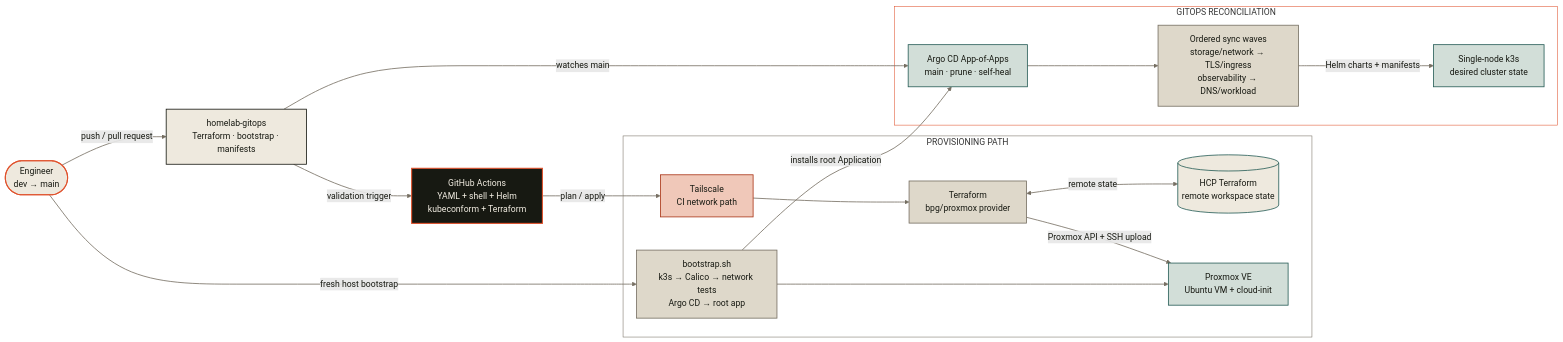
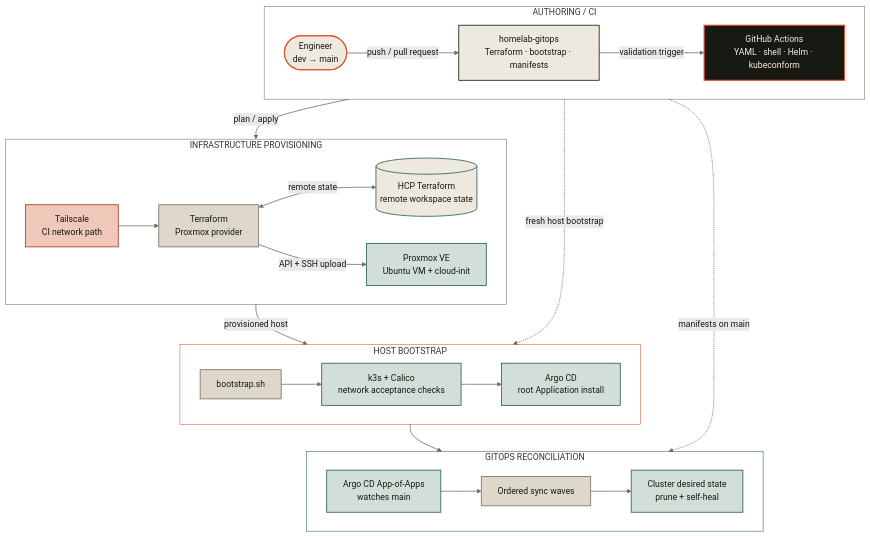
Before and after one commit to Jeysibn/portfolio: the diagram in docs/architecture/homelab/gitops.mmd, drawn with Mermaid. The commit also changed 13 other files, not shown here.

Commit message:
polish architecture diagram presentation

```diff
--- a/docs/architecture/homelab/gitops.mmd
+++ b/docs/architecture/homelab/gitops.mmd
@@ -1,44 +1,52 @@
 %% C4 container-level provisioning and GitOps view.
 %% Audience: technical reviewers tracing desired state into the Homelab.
-flowchart LR
-  engineer(["Engineer<br/>dev → main"]):::actor
-  repo["homelab-gitops<br/>Terraform · bootstrap · manifests"]:::surface
-  ci["GitHub Actions<br/>YAML + shell + Helm<br/>kubeconform + Terraform"]:::control
-
-  subgraph provision["PROVISIONING PATH"]
+%% Shows provisioning and reconciliation phases; workload traffic is out of scope.
+flowchart TB
+  subgraph authoring["AUTHORING / CI"]
+    direction LR
+    engineer(["Engineer<br/>dev → main"]):::actor
+    repo["homelab-gitops<br/>Terraform · bootstrap · manifests"]:::surface
+    ci["GitHub Actions<br/>YAML · shell · Helm · kubeconform"]:::control
+    engineer -->|"push / pull request"| repo -->|"validation trigger"| ci
+  end
+  subgraph provisioning["INFRASTRUCTURE PROVISIONING"]
+    direction LR
     tailscale["Tailscale<br/>CI network path"]:::trust
+    terraform["Terraform<br/>Proxmox provider"]:::pipeline
     hcp[("HCP Terraform<br/>remote workspace state")]:::state
-    terraform["Terraform<br/>bpg/proxmox provider"]:::pipeline
     proxmox["Proxmox VE<br/>Ubuntu VM + cloud-init"]:::runtime
-    bootstrap["bootstrap.sh<br/>k3s → Calico → network tests<br/>Argo CD → root app"]:::pipeline
+    tailscale --> terraform
+    terraform <-->|"remote state"| hcp
+    terraform -->|"API + SSH upload"| proxmox
   end
-
-  subgraph reconcile["GITOPS RECONCILIATION"]
-    argocd["Argo CD App-of-Apps<br/>main · prune · self-heal"]:::runtime
-    waves["Ordered sync waves<br/>storage/network → TLS/ingress<br/>observability → DNS/workload"]:::pipeline
-    cluster["Single-node k3s<br/>desired cluster state"]:::runtime
+  subgraph bootstrapPhase["HOST BOOTSTRAP"]
+    direction LR
+    bootstrap["bootstrap.sh"]:::pipeline
+    platform["k3s + Calico<br/>network acceptance checks"]:::runtime
+    argocdInstall["Argo CD<br/>root Application install"]:::runtime
+    bootstrap --> platform --> argocdInstall
   end
-
-  engineer -->|"push / pull request"| repo
-  repo -->|"validation trigger"| ci
+  subgraph reconciliation["GITOPS RECONCILIATION"]
+    direction LR
+    appOfApps["Argo CD App-of-Apps<br/>watches main"]:::runtime
+    waves["Ordered sync waves"]:::pipeline
+    cluster["Cluster desired state<br/>prune + self-heal"]:::runtime
+    appOfApps --> waves --> cluster
+  end
   ci -->|"plan / apply"| tailscale
-  tailscale --> terraform
-  terraform <-->|"remote state"| hcp
-  terraform -->|"Proxmox API + SSH upload"| proxmox
-  engineer -->|"fresh host bootstrap"| bootstrap
-  bootstrap --> proxmox
-  bootstrap -->|"installs root Application"| argocd
-  repo -->|"watches main"| argocd
-  argocd --> waves
-  waves -->|"Helm charts + manifests"| cluster
-
+  engineer -.->|"fresh host bootstrap"| bootstrap
+  proxmox -->|"provisioned host"| bootstrap
+  argocdInstall --> appOfApps
+  repo -.->|"manifests on main"| appOfApps
   classDef actor fill:#eee9de,stroke:#e0522d,color:#171912,stroke-width:2px
   classDef surface fill:#eee9de,stroke:#171912,color:#171912,stroke-width:1.5px
   classDef control fill:#171912,stroke:#e0522d,color:#f3eee3,stroke-width:2px
   classDef pipeline fill:#ded8ca,stroke:#766f62,color:#171912,stroke-width:1.5px
   classDef trust fill:#f0c8b9,stroke:#a93618,color:#171912,stroke-width:1.5px
   classDef runtime fill:#d2ded8,stroke:#275d57,color:#171912,stroke-width:1.5px
   classDef state fill:#eee9de,stroke:#275d57,color:#171912,stroke-width:1.5px
-  style provision fill:transparent,stroke:#766f62,stroke-width:1px
-  style reconcile fill:transparent,stroke:#e0522d,stroke-width:1px
+  style authoring fill:transparent,stroke:#766f62,stroke-width:1px
+  style provisioning fill:transparent,stroke:#766f62,stroke-width:1px
+  style bootstrapPhase fill:transparent,stroke:#e0522d,stroke-width:1px
+  style reconciliation fill:transparent,stroke:#275d57,stroke-width:1px
   linkStyle default stroke:#766f62,stroke-width:1.5px,color:#171912
```
